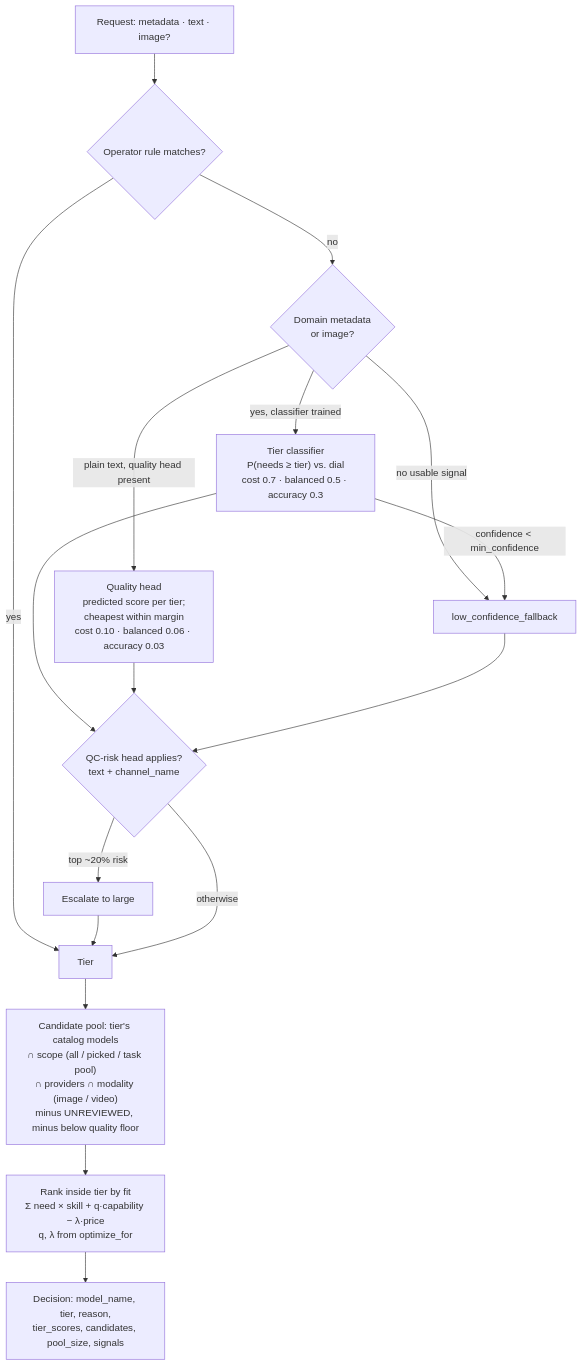
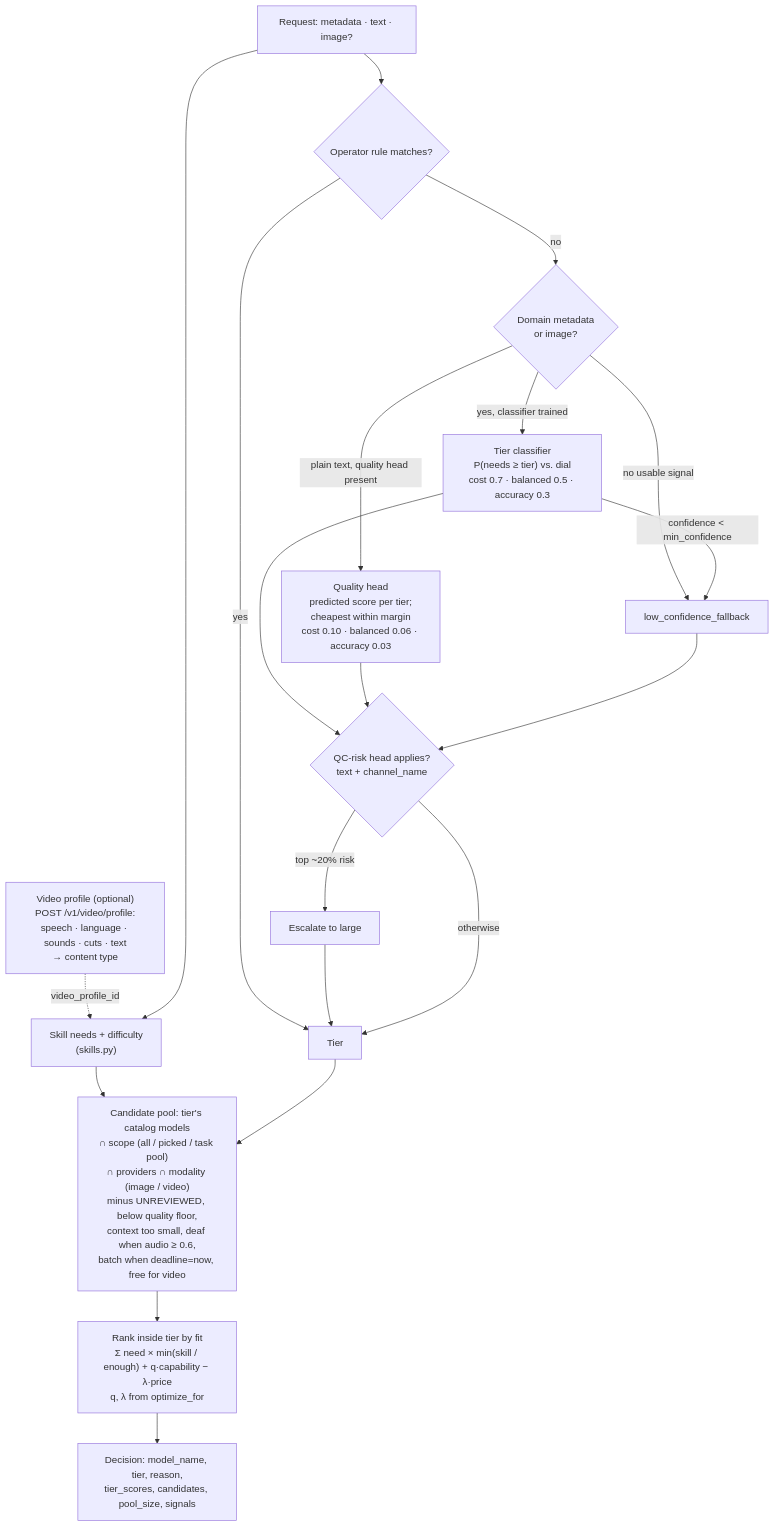
The second of 3 diagrams in ARCHITECTURE.md (jai-ghai/LLM-Router), drawn with Mermaid before and after one commit. The commit also changed other lines of this file and 19 other files, not shown here.

````diff
--- a/ARCHITECTURE.md
+++ b/ARCHITECTURE.md
@@ -61,18 +61,21 @@
 ```mermaid
 flowchart TD
     IN["Request: metadata · text · image?"] --> RULE{"Operator rule matches?"}
     RULE -->|yes| TIER["Tier"]
     RULE -->|no| KIND{"Domain metadata<br/>or image?"}
     KIND -->|yes, classifier trained| CLF["Tier classifier<br/>P(needs ≥ tier) vs. dial<br/>cost 0.7 · balanced 0.5 · accuracy 0.3"]
     KIND -->|"plain text, quality head present"| QH["Quality head<br/>predicted score per tier;<br/>cheapest within margin<br/>cost 0.10 · balanced 0.06 · accuracy 0.03"]
     KIND -->|"no usable signal"| FB["low_confidence_fallback"]
     CLF -->|"confidence < min_confidence"| FB
     CLF --> QC
     QH --> QC
     FB --> QC
     QC{"QC-risk head applies?<br/>text + channel_name"} -->|"top ~20% risk"| UP["Escalate to large"] --> TIER
     QC -->|otherwise| TIER
-    TIER --> POOL["Candidate pool: tier's catalog models<br/>∩ scope (all / picked / task pool)<br/>∩ providers ∩ modality (image / video)<br/>minus UNREVIEWED, minus below quality floor"]
-    POOL --> RANK["Rank inside tier by fit<br/>Σ need × skill + q·capability − λ·price<br/>q, λ from optimize_for"]
+    VP["Video profile (optional)<br/>POST /v1/video/profile:<br/>speech · language · sounds · cuts · text<br/>→ content type"] -.->|video_profile_id| NEEDS
+    IN --> NEEDS["Skill needs + difficulty<br/>(skills.py)"]
+    NEEDS --> POOL
+    TIER --> POOL["Candidate pool: tier's catalog models<br/>∩ scope (all / picked / task pool)<br/>∩ providers ∩ modality (image / video)<br/>minus UNREVIEWED, below quality floor,<br/>context too small, deaf when audio ≥ 0.6,<br/>batch when deadline=now, free for video"]
+    POOL --> RANK["Rank inside tier by fit<br/>Σ need × min(skill / enough) + q·capability − λ·price<br/>q, λ from optimize_for"]
     RANK --> OUT["Decision: model_name, tier, reason,<br/>tier_scores, candidates, pool_size, signals"]
 ```
````
